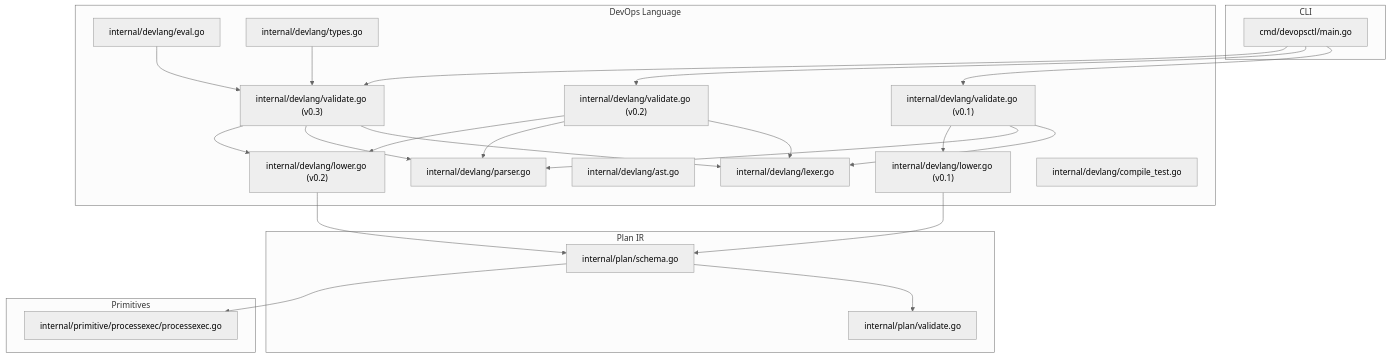
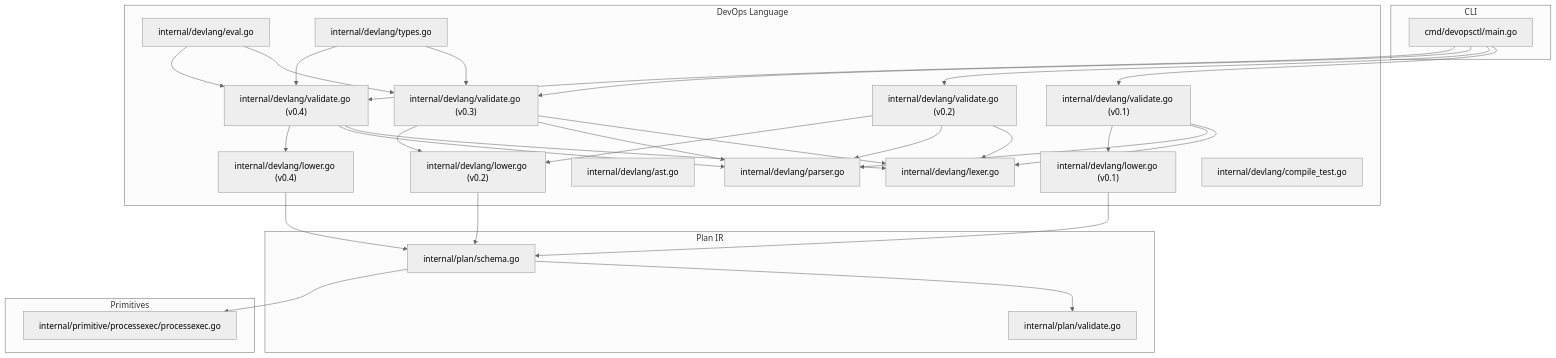
The first of 14 diagrams in .qoder/repowiki/en/content/.devops Language Reference/Compilation Pipeline.md (ahmednour1430464/dotdevops), drawn with Mermaid (neutral theme) before and after one commit. The commit also changed other lines of this file and 3 other files, not shown here.

````diff
--- a/.qoder/repowiki/en/content/.devops Language Reference/Compilation Pipeline.md
+++ b/.qoder/repowiki/en/content/.devops Language Reference/Compilation Pipeline.md
@@ -54,44 +59,53 @@
 ```mermaid
 graph TB
 subgraph "CLI"
 M["cmd/devopsctl/main.go"]
 end
 subgraph "DevOps Language"
 L["internal/devlang/lexer.go"]
 P["internal/devlang/parser.go"]
 A["internal/devlang/ast.go"]
 V1["internal/devlang/validate.go (v0.1)"]
 V2["internal/devlang/validate.go (v0.2)"]
 V3["internal/devlang/validate.go (v0.3)"]
+V4["internal/devlang/validate.go (v0.4)"]
 W1["internal/devlang/lower.go (v0.1)"]
 W2["internal/devlang/lower.go (v0.2)"]
+W4["internal/devlang/lower.go (v0.4)"]
 E["internal/devlang/eval.go"]
 T["internal/devlang/types.go"]
 END["internal/devlang/compile_test.go"]
 end
 subgraph "Plan IR"
 S["internal/plan/schema.go"]
 PV["internal/plan/validate.go"]
 end
 subgraph "Primitives"
 PE["internal/primitive/processexec/processexec.go"]
 end
 M --> V1
 M --> V2
 M --> V3
+M --> V4
 V1 --> L
 V2 --> L
 V3 --> L
+V4 --> L
 V1 --> P
 V2 --> P
 V3 --> P
+V4 --> P
 V1 --> W1
 V2 --> W2
 V3 --> W2
+V4 --> W4
 W1 --> S
 W2 --> S
+W4 --> S
 E --> V3
+E --> V4
 T --> V3
+T --> V4
 S --> PV
 S --> PE
 ```
````
